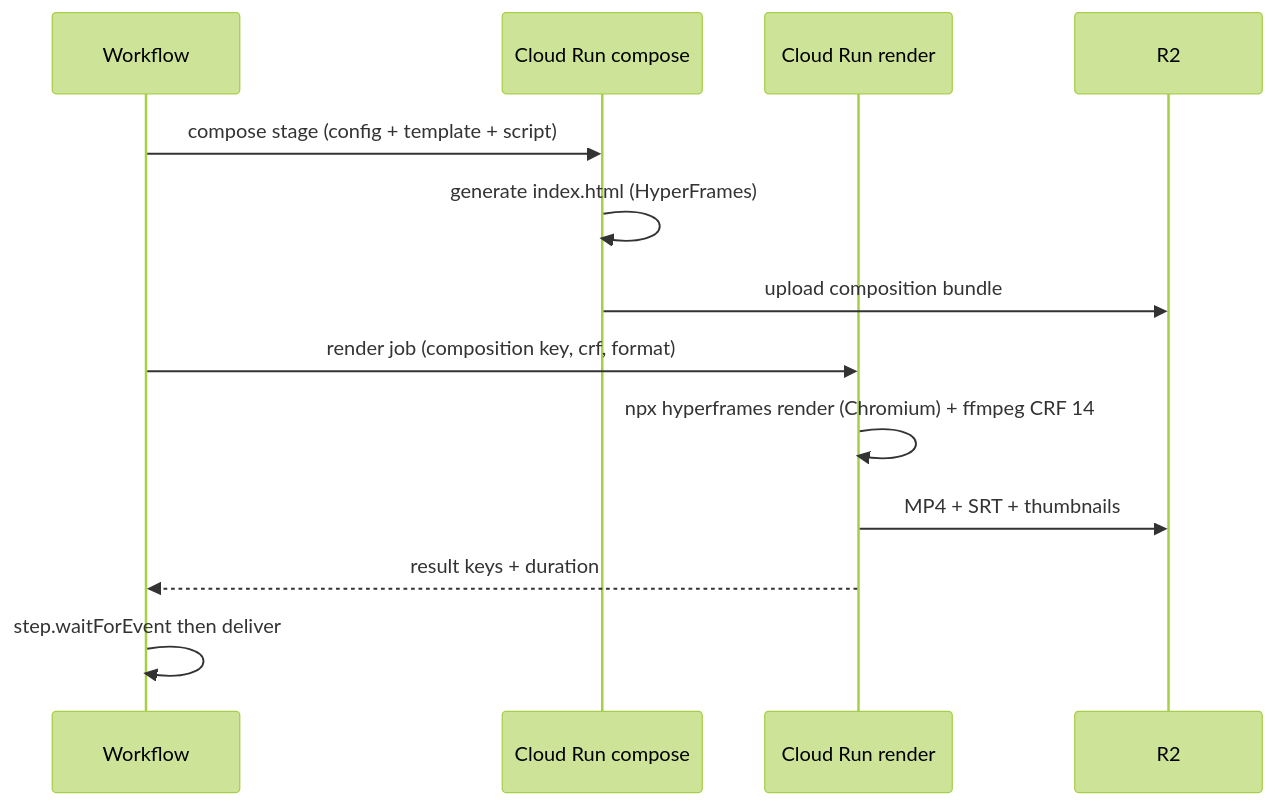
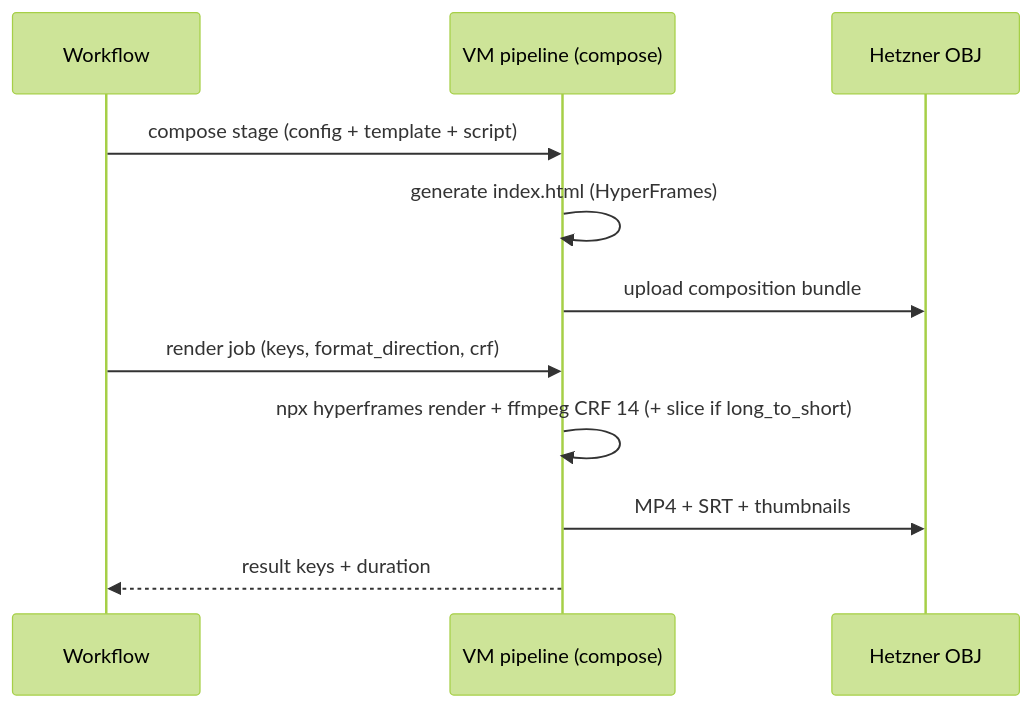
One commit to noah-sheldon/contentforge changed the eighth of 8 diagrams in docs/lld.md. Above: the diagram before and after it, drawn with Mermaid (forest theme). The commit also changed other lines of this file and 2 other files, not shown here.

First line of the commit message:
docs: final stack — Atlas Mongo + Hetzner OBJ + Netcup VM compute

````diff
--- a/docs/lld.md
+++ b/docs/lld.md
@@ -240,15 +250,13 @@
 ```mermaid
 sequenceDiagram
     participant F as Workflow
-    participant C as Cloud Run compose
-    participant R as Cloud Run render
-    participant S as R2
-    F->>C: compose stage (config + template + script)
-    C->>C: generate index.html (HyperFrames)
-    C->>S: upload composition bundle
-    F->>R: render job (composition key, crf, format)
-    R->>R: npx hyperframes render (Chromium) + ffmpeg CRF 14
-    R->>S: MP4 + SRT + thumbnails
-    R-->>F: result keys + duration
-    F->>F: step.waitForEvent then deliver
+    participant V as VM pipeline (compose)
+    participant O as Hetzner OBJ
+    F->>V: compose stage (config + template + script)
+    V->>V: generate index.html (HyperFrames)
+    V->>O: upload composition bundle
+    F->>V: render job (keys, format_direction, crf)
+    V->>V: npx hyperframes render + ffmpeg CRF 14 (+ slice if long_to_short)
+    V->>O: MP4 + SRT + thumbnails
+    V-->>F: result keys + duration
 ```
````
